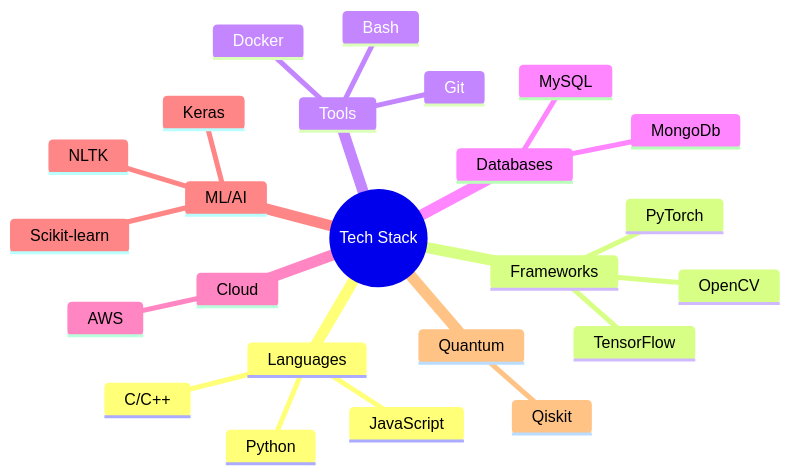
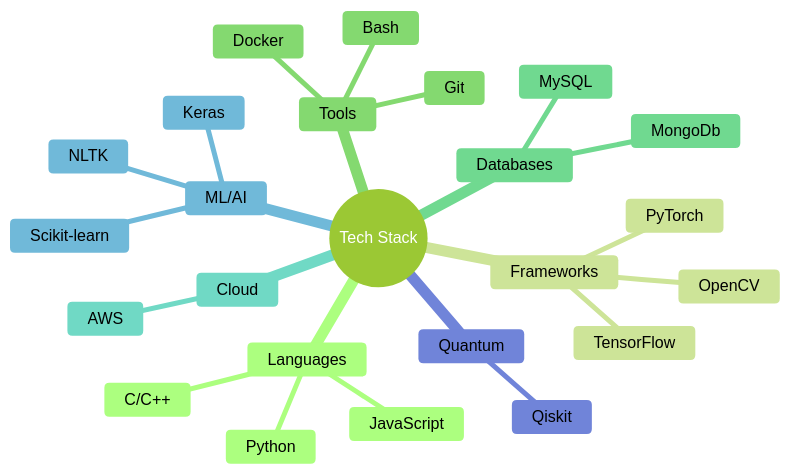
One commit to ka-us-tubh/ka-us-tubh changed the diagram in README.md. Above: the diagram before and after it, drawn with Mermaid.

````diff
--- a/README.md
+++ b/README.md
@@ -65,28 +65,29 @@
 ```mermaid
+%%{init: {'theme': 'forest'}}%%
 mindmap
   root((Tech Stack))
     Languages
       Python
       C/C++
       JavaScript
     Frameworks
       TensorFlow
       PyTorch
       OpenCV
     Tools
       Git
       Docker
       Bash
     Databases
       MySQL
       MongoDb
     Cloud
       AWS
     ML/AI
       Scikit-learn
       Keras
       NLTK
     Quantum
       Qiskit
       
 ```
````
